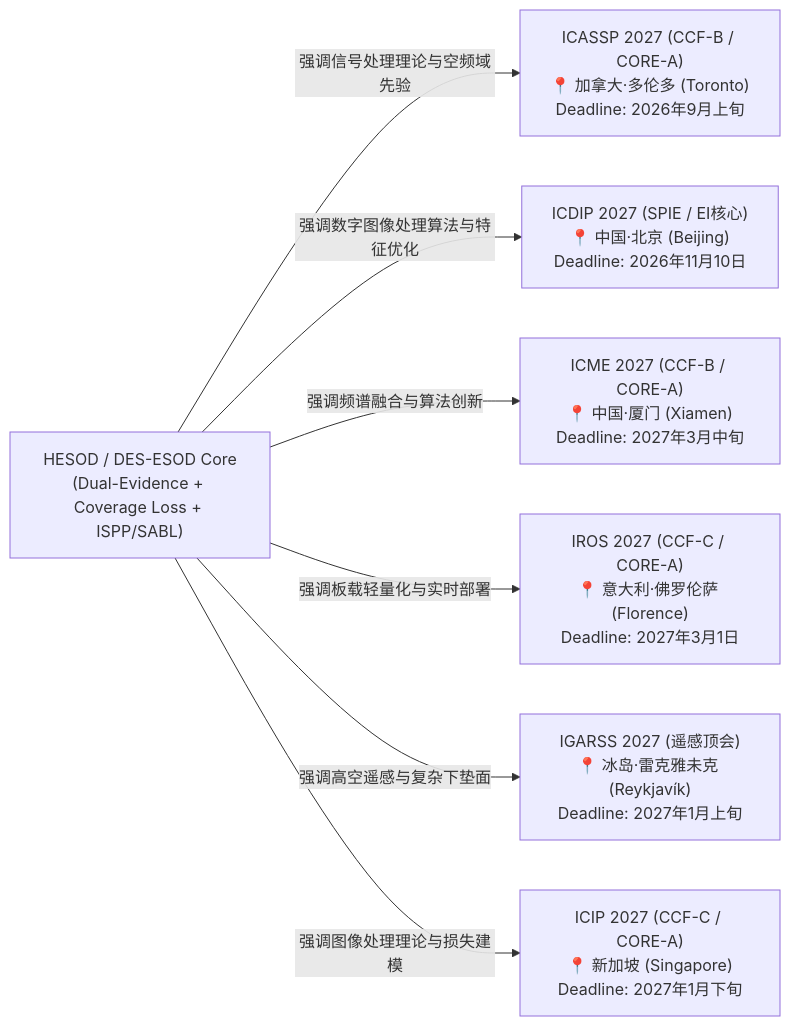
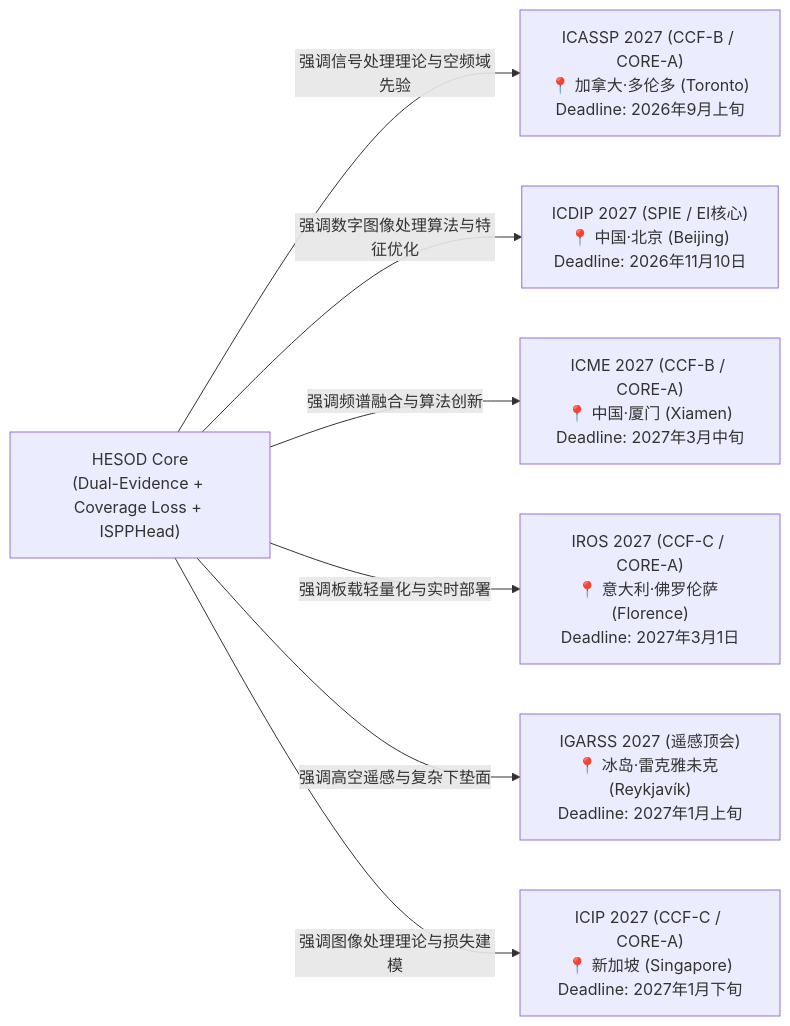
One commit to jiaweizhong/BCRS changed the diagram in SUBMISSION_TARGETS.md. Above: the diagram before and after it, drawn with Mermaid. The commit also changed other lines of this file and 2 other files, not shown here.

Commit message:
refactor the experiment narrative

````diff
--- a/SUBMISSION_TARGETS.md
+++ b/SUBMISSION_TARGETS.md
@@ -23,11 +23,11 @@
 ```mermaid
 graph LR
-    Core["HESOD / DES-ESOD Core<br/>(Dual-Evidence + Coverage Loss + ISPP/SABL)"]
+    Core["HESOD Core<br/>(Dual-Evidence + Coverage Loss + ISPPHead)"]
     
     Core -->|强调信号处理理论与空频域先验| ICASSP["ICASSP 2027 (CCF-B / CORE-A)<br/>📍 加拿大·多伦多 (Toronto)<br/>Deadline: 2026年9月上旬"]
     Core -->|强调数字图像处理算法与特征优化| ICDIP["ICDIP 2027 (SPIE / EI核心)<br/>📍 中国·北京 (Beijing)<br/>Deadline: 2026年11月10日"]
     Core -->|强调频谱融合与算法创新| ICME["ICME 2027 (CCF-B / CORE-A)<br/>📍 中国·厦门 (Xiamen)<br/>Deadline: 2027年3月中旬"]
     Core -->|强调板载轻量化与实时部署| IROS["IROS 2027 (CCF-C / CORE-A)<br/>📍 意大利·佛罗伦萨 (Florence)<br/>Deadline: 2027年3月1日"]
     Core -->|强调高空遥感与复杂下垫面| IGARSS["IGARSS 2027 (遥感顶会)<br/>📍 冰岛·雷克雅未克 (Reykjavík)<br/>Deadline: 2027年1月上旬"]
     Core -->|强调图像处理理论与损失建模| ICIP["ICIP 2027 (CCF-C / CORE-A)<br/>📍 新加坡 (Singapore)<br/>Deadline: 2027年1月下旬"]
 ```
````
